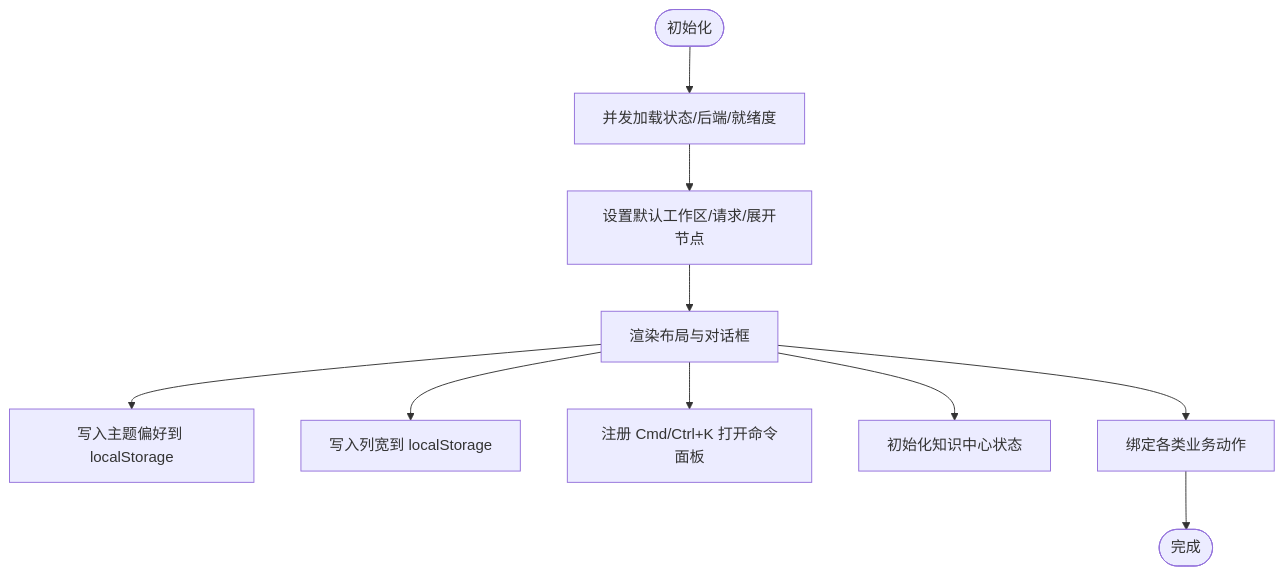
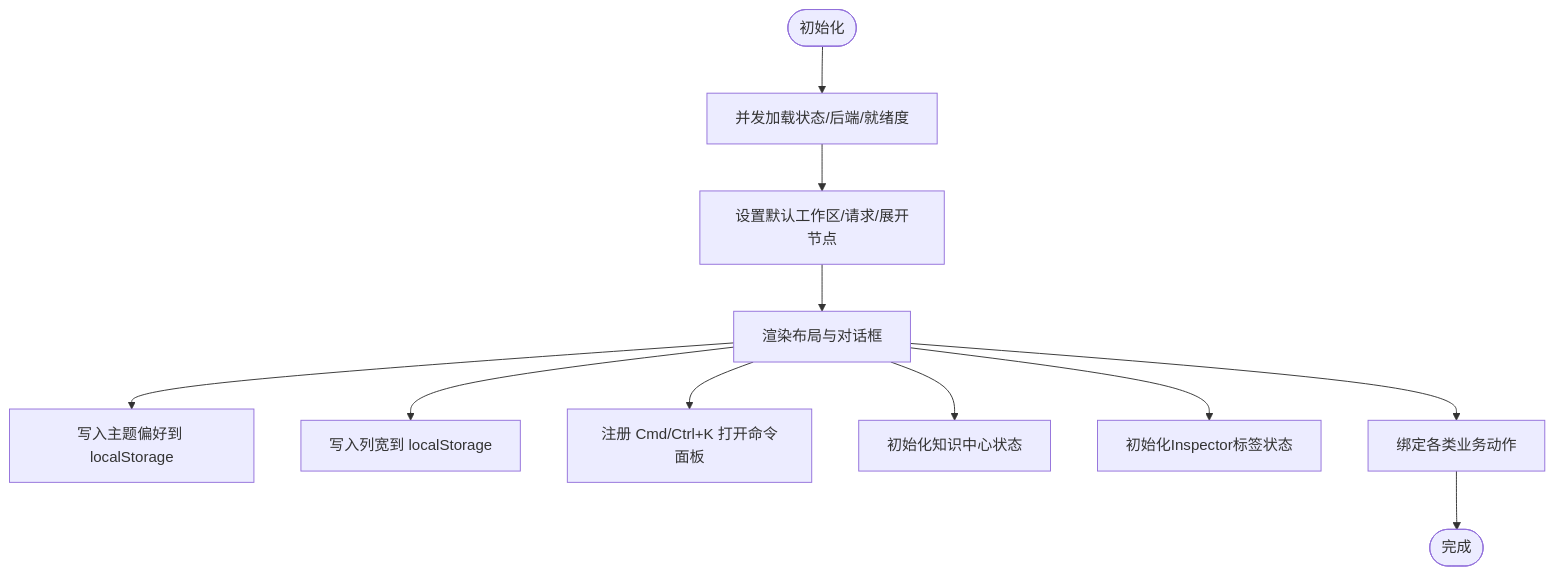
Before and after one commit to coconilu/RepoHelm: the third of 16 diagrams in .qoder/repowiki/zh/content/Web 前端应用/Web 前端应用.md, drawn with Mermaid. The commit also changed other lines of this file and 16 other files, not shown here.

````diff
--- a/.qoder/repowiki/zh/content/Web 前端应用/Web 前端应用.md
+++ b/.qoder/repowiki/zh/content/Web 前端应用/Web 前端应用.md
@@ -204,12 +221,13 @@
 ```mermaid
 flowchart TD
 Start(["初始化"]) --> Load["并发加载状态/后端/就绪度"]
 Load --> SetDefaults["设置默认工作区/请求/展开节点"]
 SetDefaults --> Render["渲染布局与对话框"]
 Render --> ThemePersist["写入主题偏好到 localStorage"]
 Render --> WidthPersist["写入列宽到 localStorage"]
 Render --> Hotkey["注册 Cmd/Ctrl+K 打开命令面板"]
 Render --> KnowledgeState["初始化知识中心状态"]
+Render --> InspectorState["初始化Inspector标签状态"]
 Render --> Actions["绑定各类业务动作"]
 Actions --> End(["完成"])
 ```
````
